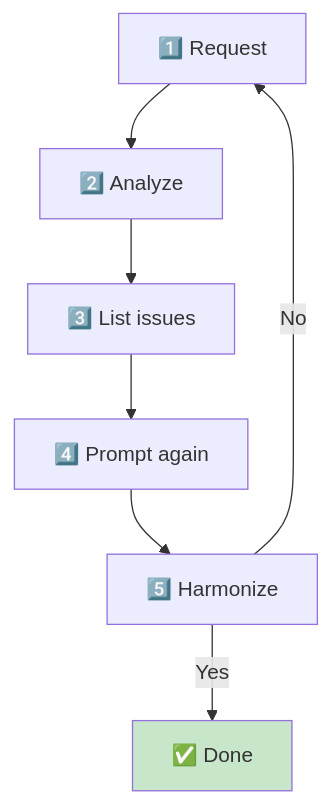
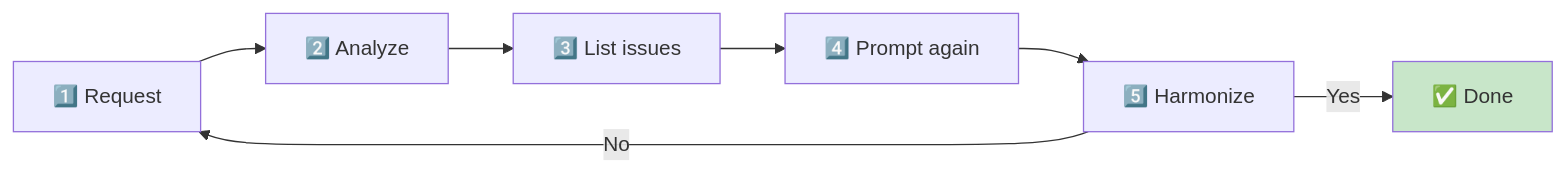
Before and after one commit to codingchild2424/2026-lecture-operating-system: the third of 4 diagrams in lectures/week01/2_lab/lab_en.md, drawn with Mermaid. The commit also changed other lines of this file and 1 other file, not shown here.

Commit message:
Fix RALPH slide: move mermaid out of HTML div for proper rendering

````diff
--- a/lectures/week01/2_lab/lab_en.md
+++ b/lectures/week01/2_lab/lab_en.md
@@ -141,10 +137,10 @@
 ```mermaid
-graph TD
+graph LR
     R["1️⃣ Request"] --> A["2️⃣ Analyze"]
     A --> L["3️⃣ List issues"]
     L --> P["4️⃣ Prompt again"]
     P --> H["5️⃣ Harmonize"]
     H -->|No| R
     H -->|Yes| Done["✅ Done"]
     style Done fill:#c8e6c9
 ```
````
